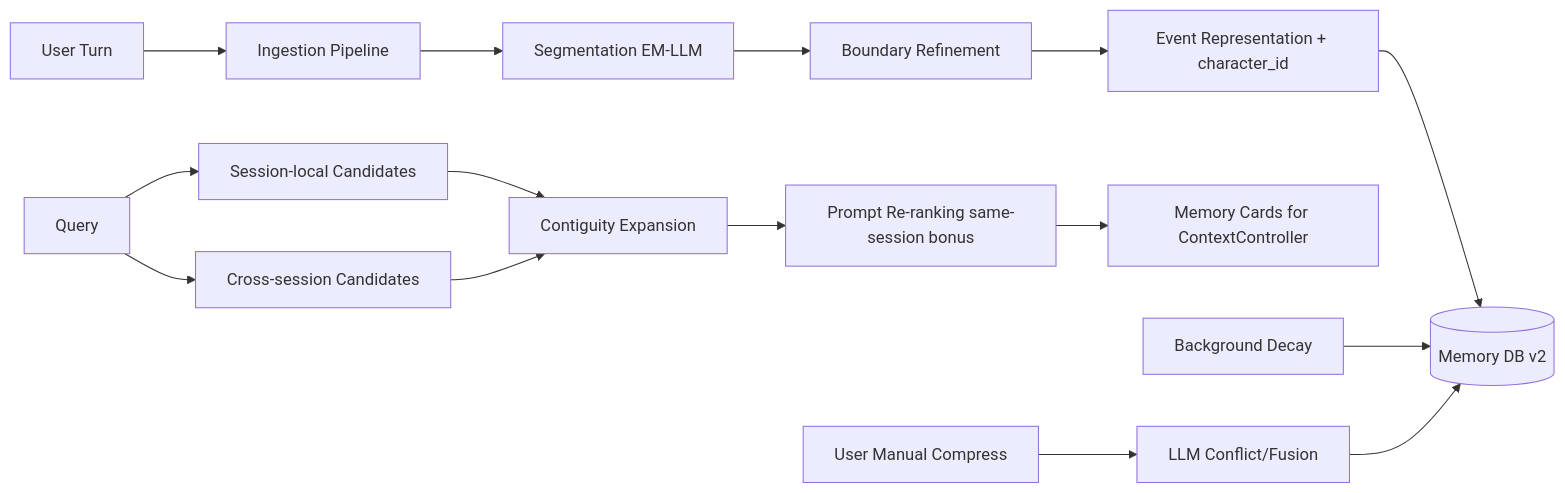
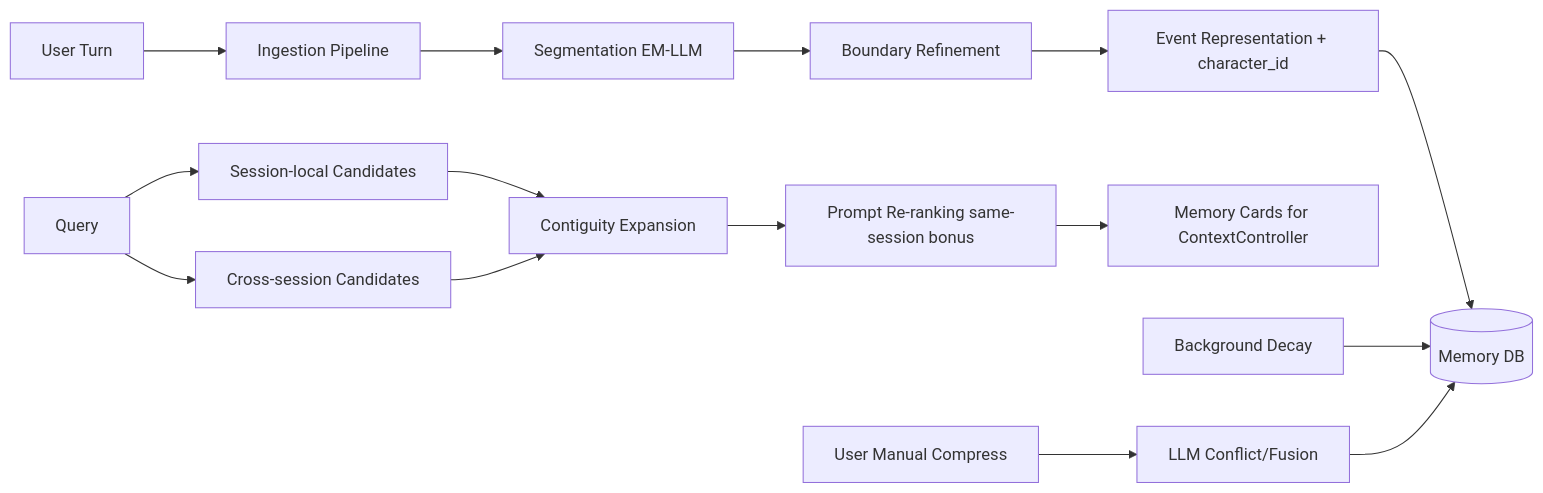
Before and after one commit to coco4atJP/Tepora-alpha: the seventh of 10 diagrams in docs/architecture/ARCHITECTURE.md, drawn with Mermaid. The commit also changed other lines of this file and 33 other files, not shown here.

````diff
--- a/docs/architecture/ARCHITECTURE.md
+++ b/docs/architecture/ARCHITECTURE.md
@@ -774,19 +774,19 @@
 ```mermaid
 flowchart LR
     U[User Turn] --> I[Ingestion Pipeline]
     I --> S1[Segmentation EM-LLM]
     S1 --> S2[Boundary Refinement]
     S2 --> S3[Event Representation + character_id]
-    S3 --> P[(Memory DB v2)]
+    S3 --> P[(Memory DB)]
 
     Q[Query] --> L1[Session-local Candidates]
     Q --> L2[Cross-session Candidates]
     L1 --> R2[Contiguity Expansion]
     L2 --> R2
     R2 --> R3[Prompt Re-ranking same-session bonus]
     R3 --> Ctx[Memory Cards for ContextController]
 
     BG[Background Decay] --> P
     UI[User Manual Compress] --> CMP[LLM Conflict/Fusion]
     CMP --> P
 ```
````
